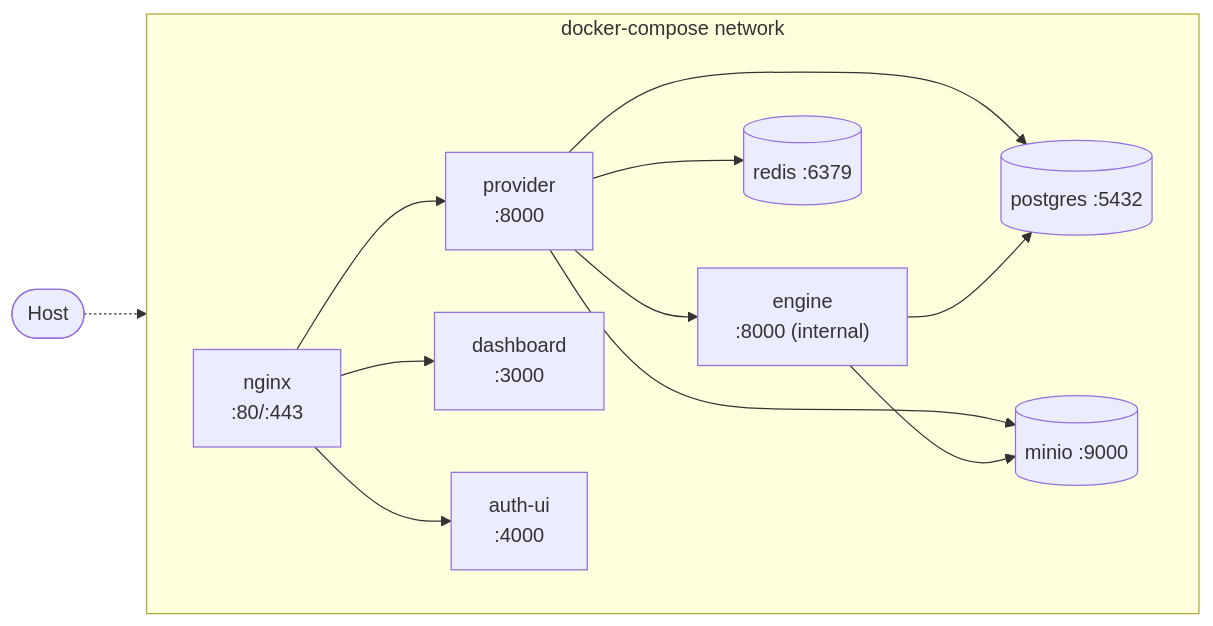
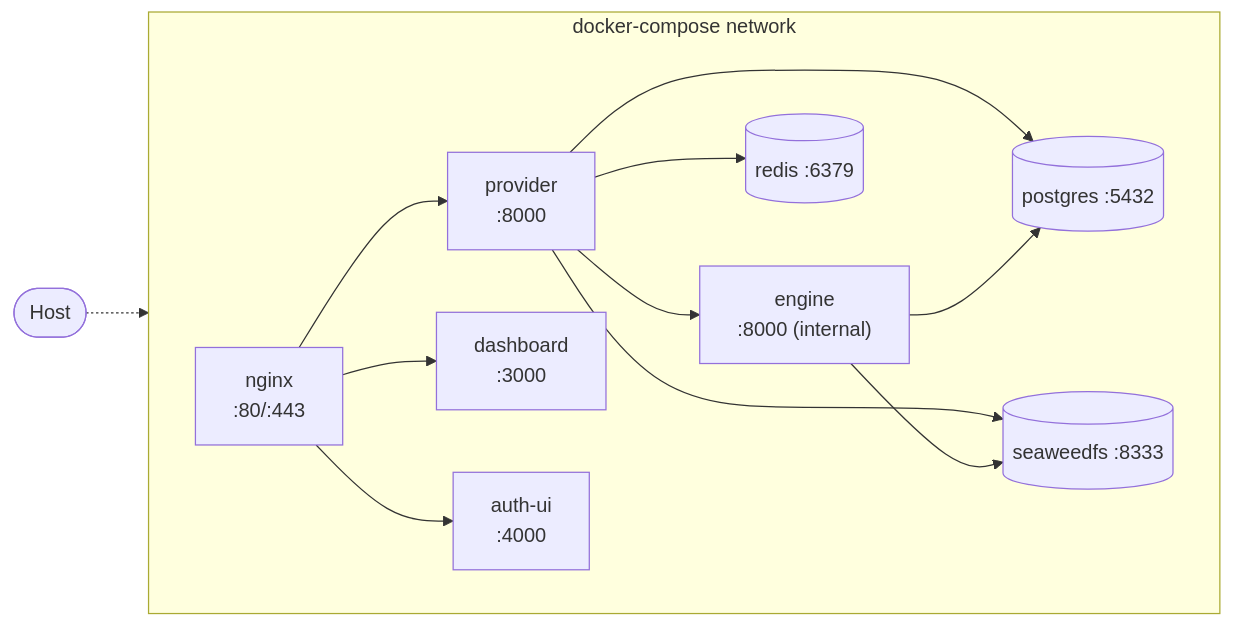
Before and after one commit to yephonekyaw/iden: the seventh of 7 diagrams in README.md, drawn with Mermaid. The commit also changed other lines of this file and 7 other files, not shown here.

````diff
--- a/README.md
+++ b/README.md
@@ -559,26 +559,26 @@
 ```mermaid
 flowchart LR
   Host(["Host"]) -.-> Nginx
 
   subgraph Net["docker-compose network"]
     direction LR
     Nginx["nginx<br/>:80/:443"]
     Provider["provider<br/>:8000"]
     Dashboard["dashboard<br/>:3000"]
     AuthUI["auth-ui<br/>:4000"]
     Engine["engine<br/>:8000 (internal)"]
     PG[("postgres :5432")]
     RD[("redis :6379")]
-    MN[("minio :9000")]
+    MN[("seaweedfs :8333")]
 
     Nginx --> Provider
     Nginx --> Dashboard
     Nginx --> AuthUI
     Provider --> Engine
     Provider --> PG
     Provider --> RD
     Provider --> MN
     Engine --> PG
     Engine --> MN
   end
 ```
````
